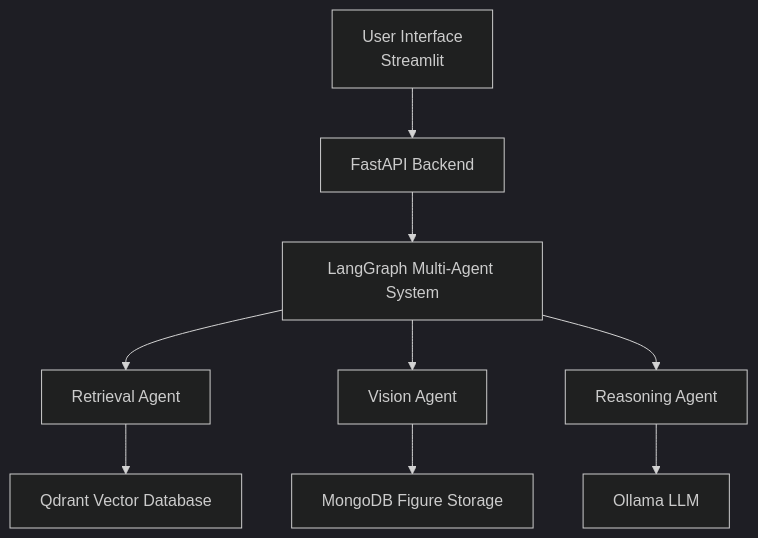
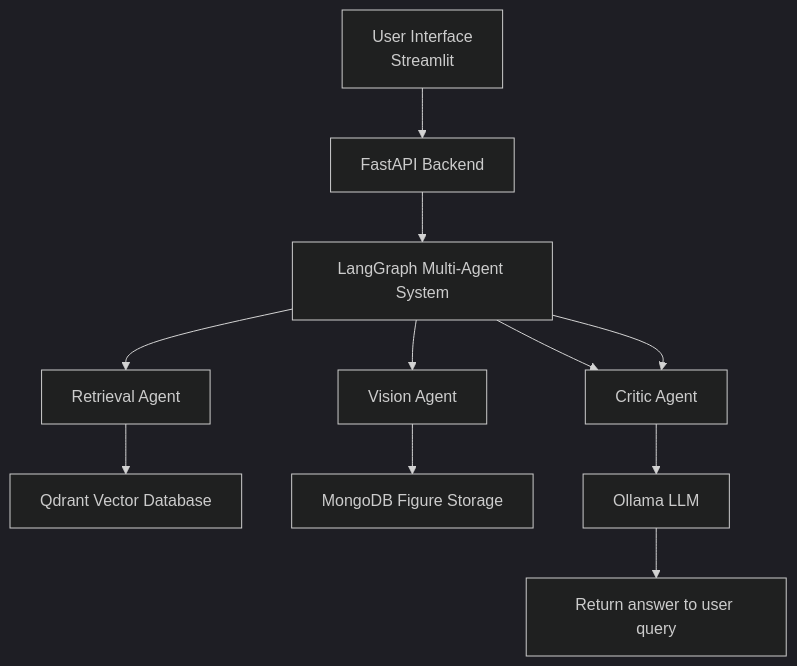
Before and after one commit to AditiGautam2000/ResearchLens--Multi-Agent-Multimodal-Research-Paper-Assistant: the first of 6 diagrams in README.md, drawn with Mermaid (dark theme).

````diff
--- a/README.md
+++ b/README.md
@@ -106,14 +106,16 @@
 ```mermaid
 flowchart TD
 
 A[User Interface<br>Streamlit] --> B[FastAPI Backend]
 B --> C[LangGraph Multi-Agent System]
 
 C --> D[Retrieval Agent]
 C --> E[Vision Agent]
 C --> F[Reasoning Agent]
+C --> F[Critic Agent]
 
 D --> G[Qdrant Vector Database]
 E --> H[MongoDB Figure Storage]
 F --> I[Ollama LLM]
+I --> J[Return answer to user query]
 ```
````
